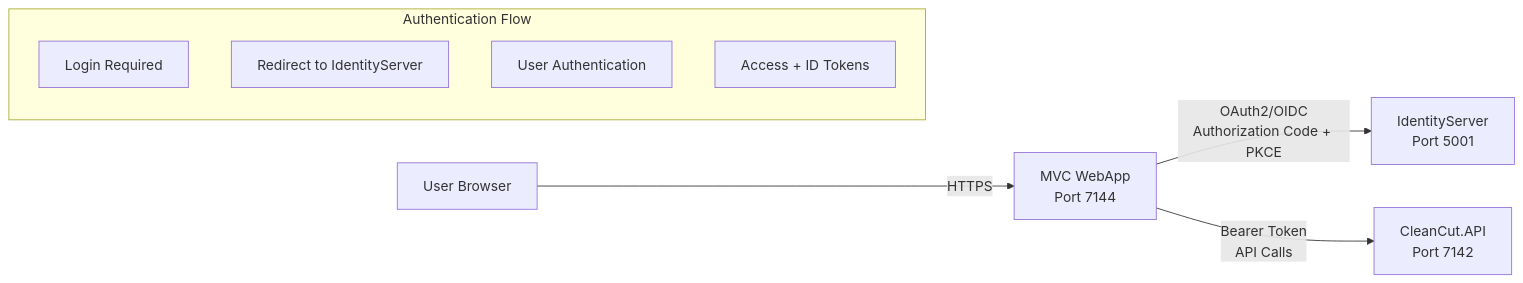
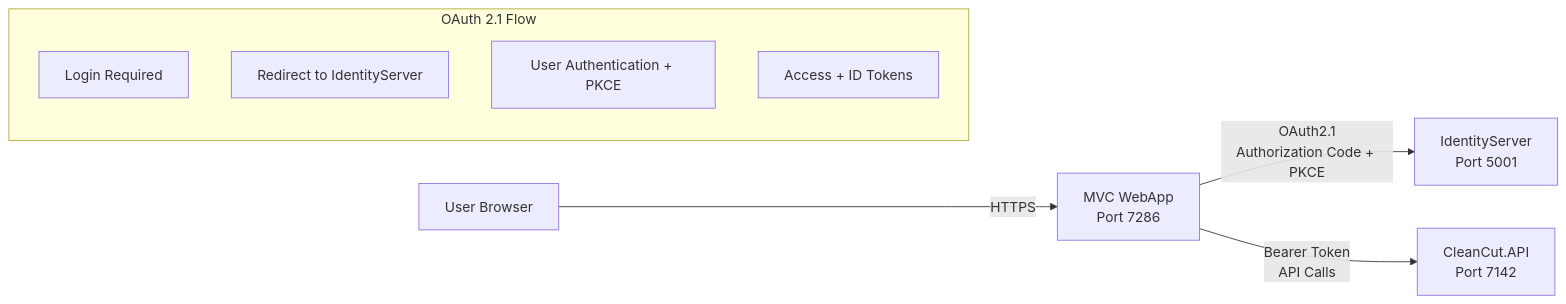
Before and after one commit to markyoxall/Cleancut: the diagram in src/Presentation/CleanCut.WebApp/STARTUP_GUIDE.md, drawn with Mermaid. The commit also changed other lines of this file and 4 other files, not shown here.

````diff
--- a/src/Presentation/CleanCut.WebApp/STARTUP_GUIDE.md
+++ b/src/Presentation/CleanCut.WebApp/STARTUP_GUIDE.md
@@ -9,13 +9,13 @@
 ```mermaid
 graph LR
-  USER[User Browser] -->|HTTPS| WEBAPP[MVC WebApp<br/>Port 7144]
-    WEBAPP -->|OAuth2/OIDC<br/>Authorization Code + PKCE| IDENTITY[IdentityServer<br/>Port 5001]
+  USER[User Browser] -->|HTTPS| WEBAPP[MVC WebApp<br/>Port 7286]
+    WEBAPP -->|OAuth2.1<br/>Authorization Code + PKCE| IDENTITY[IdentityServer<br/>Port 5001]
     WEBAPP -->|Bearer Token<br/>API Calls| API[CleanCut.API<br/>Port 7142]
     
-    subgraph "Authentication Flow"
+    subgraph "OAuth 2.1 Flow"
    LOGIN[Login Required]
   REDIRECT[Redirect to IdentityServer]
-        AUTH[User Authentication]
-        TOKENS[Access + ID Tokens]
-    end
+      AUTH[User Authentication + PKCE]
+TOKENS[Access + ID Tokens]
+ end
 ```
````
